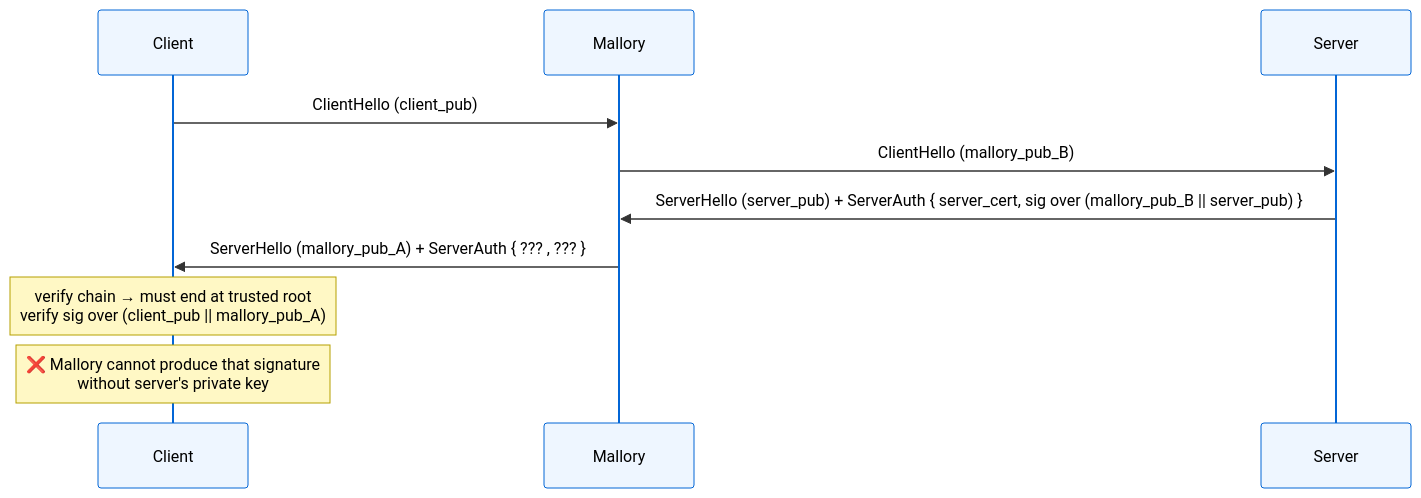
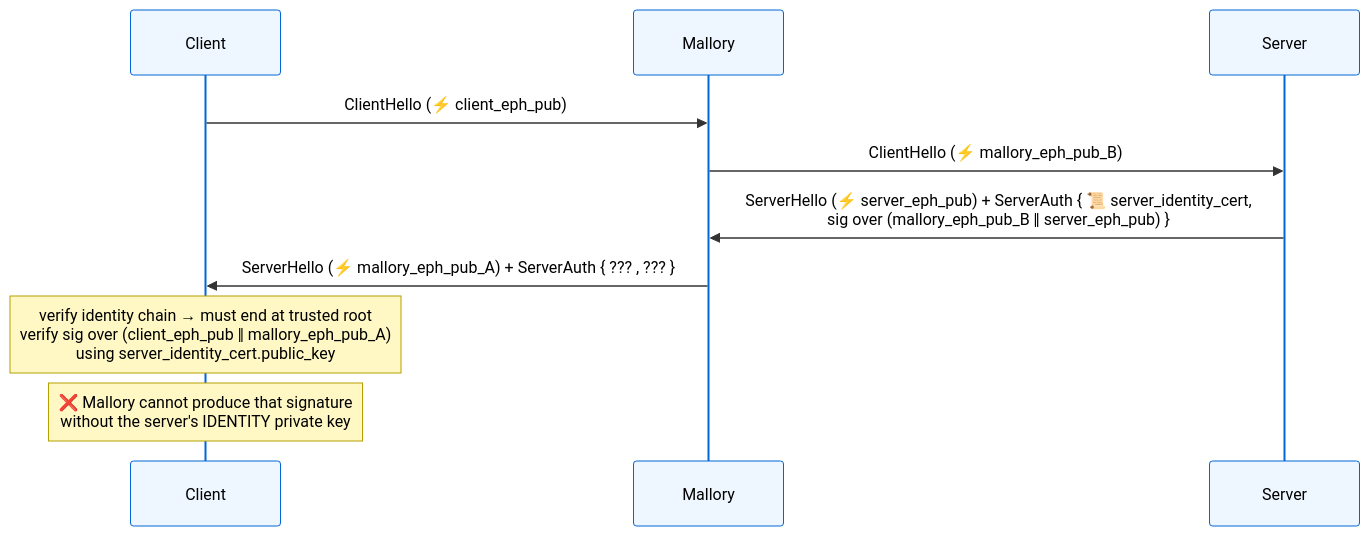
Diagram 20 of 20 in part_4/walkthrough/walkthrough.qmd (DmytroHuzz/rebuilding_tls), drawn with Mermaid before and after one commit. The commit also changed other lines of this file and 1 other file, not shown here.

````diff
--- a/part_4/walkthrough/walkthrough.qmd
+++ b/part_4/walkthrough/walkthrough.qmd
@@ -1224,14 +1255,14 @@
 ```{mermaid}
 %%{init: {'theme':'base', 'themeVariables': {'background':'#ffffff','primaryColor':'#eef6ff','primaryBorderColor':'#0366d6','primaryTextColor':'#000','lineColor':'#555','clusterBkg':'#fafbfc','clusterBorder':'#888','tertiaryColor':'#ffffff','tertiaryBorderColor':'#888','tertiaryTextColor':'#000','noteBkgColor':'#fff8c5','noteTextColor':'#000','noteBorderColor':'#b5a000','actorBkg':'#eef6ff','actorBorder':'#0366d6','actorTextColor':'#000','signalColor':'#333','signalTextColor':'#000','sequenceNumberColor':'#fff'}}}%%
 sequenceDiagram
     participant C as Client
     participant M as Mallory
     participant S as Server
 
-    C->>M: ClientHello (client_pub)
-    M->>S: ClientHello (mallory_pub_B)
-    S->>M: ServerHello (server_pub) + ServerAuth { server_cert, sig over (mallory_pub_B || server_pub) }
-    M->>C: ServerHello (mallory_pub_A) + ServerAuth { ??? , ??? }
-    Note over C: verify chain → must end at trusted root<br/>verify sig over (client_pub || mallory_pub_A)
-    Note over C: ❌ Mallory cannot produce that signature<br/>without server's private key
+    C->>M: ClientHello (⚡ client_eph_pub)
+    M->>S: ClientHello (⚡ mallory_eph_pub_B)
+    S->>M: ServerHello (⚡ server_eph_pub) + ServerAuth { 📜 server_identity_cert,<br/>sig over (mallory_eph_pub_B ‖ server_eph_pub) }
+    M->>C: ServerHello (⚡ mallory_eph_pub_A) + ServerAuth { ??? , ??? }
+    Note over C: verify identity chain → must end at trusted root<br/>verify sig over (client_eph_pub ‖ mallory_eph_pub_A)<br/>using server_identity_cert.public_key
+    Note over C: ❌ Mallory cannot produce that signature<br/>without the server's IDENTITY private key
 ```
````
